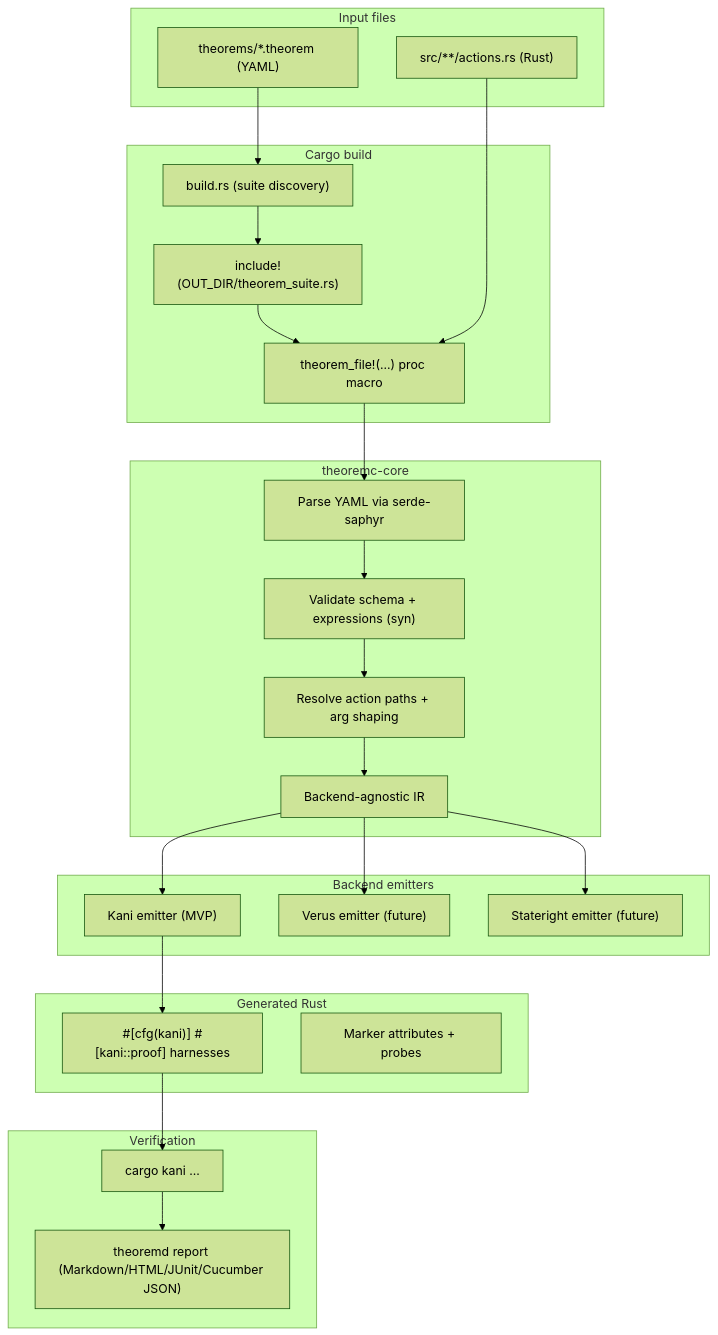
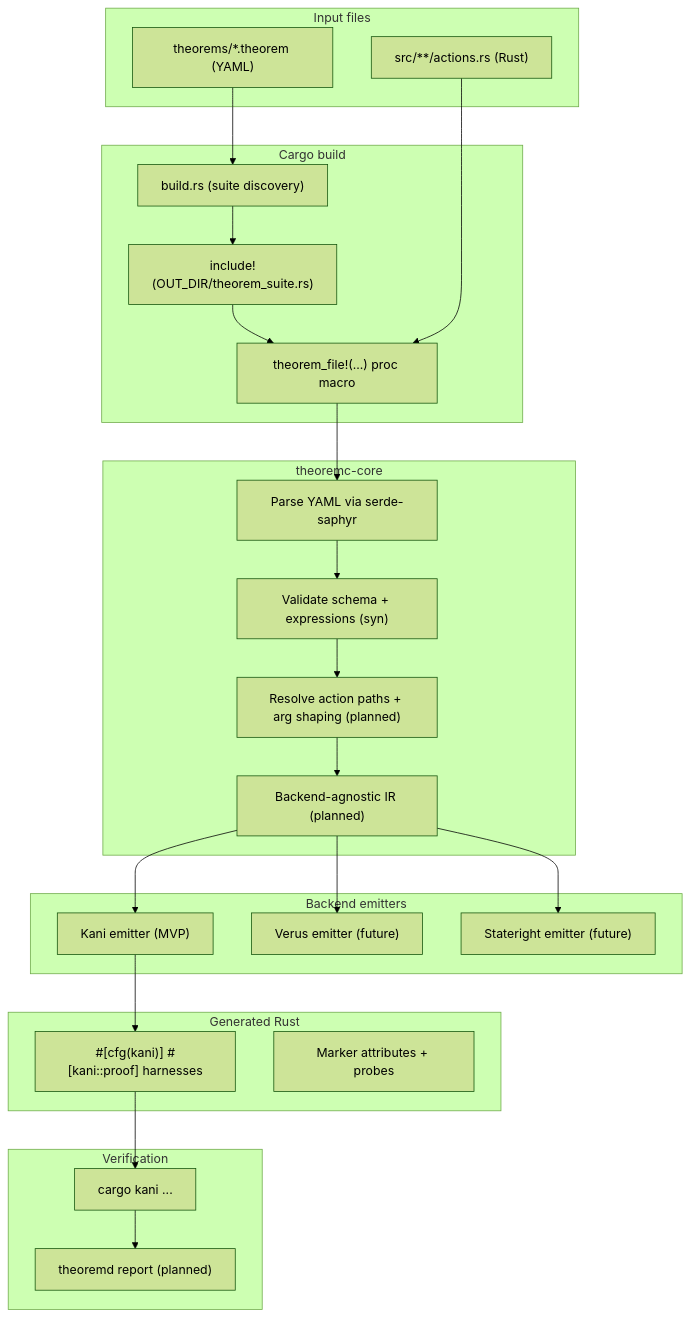
One commit to leynos/theoremc changed the first of 6 diagrams in docs/theoremc-design.md. Above: the diagram before and after it, drawn with Mermaid (forest theme). The commit also changed other lines of this file and 7 other files, not shown here.

````diff
--- a/docs/theoremc-design.md
+++ b/docs/theoremc-design.md
@@ -103,43 +107,43 @@
 ```mermaid
 flowchart TD
   subgraph Files["Input files"]
     T["theorems/*.theorem (YAML)"]
     A["src/**/actions.rs (Rust)"]
   end
 
   subgraph Cargo["Cargo build"]
     BS["build.rs (suite discovery)"]
     INC["include!(OUT_DIR/theorem_suite.rs)"]
     PM["theorem_file!(...) proc macro"]
   end
 
   subgraph Core["theoremc-core"]
     P["Parse YAML via serde-saphyr"]
     V["Validate schema + expressions (syn)"]
-    R["Resolve action paths + arg shaping"]
-    IR["Backend-agnostic IR"]
+    R["Resolve action paths + arg shaping (planned)"]
+    IR["Backend-agnostic IR (planned)"]
   end
 
   subgraph Emit["Backend emitters"]
     K["Kani emitter (MVP)"]
     V2["Verus emitter (future)"]
     S["Stateright emitter (future)"]
   end
 
   subgraph Gen["Generated Rust"]
     H["#[cfg(kani)] #[kani::proof] harnesses"]
     M["Marker attributes + probes"]
   end
 
   subgraph Run["Verification"]
     CK["cargo kani ..."]
-    REP["theoremd report (Markdown/HTML/JUnit/Cucumber JSON)"]
+    REP["theoremd report (planned)"]
   end
 
   T --> BS --> INC --> PM
   A --> PM
   PM --> P --> V --> R --> IR
   IR --> K --> H --> CK --> REP
   IR --> V2
   IR --> S
 ```
````
